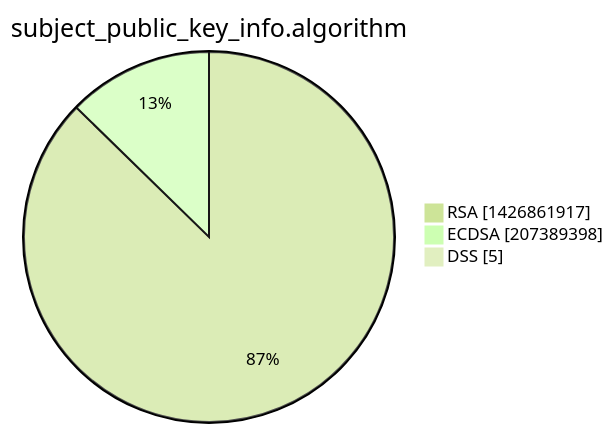
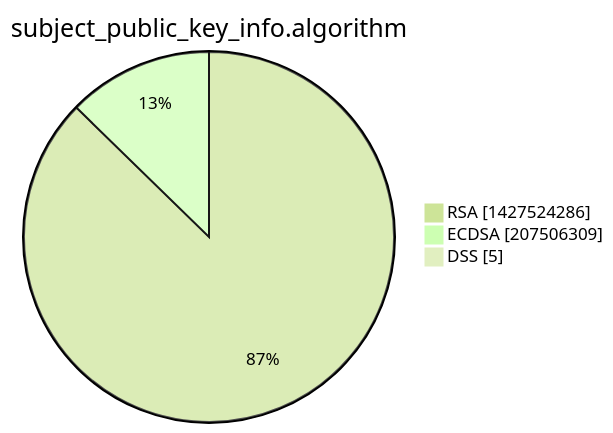
Before and after one commit to christiankrug/ctmonitor_visualization: the third of 15 diagrams in xenon2022/README.md, drawn with Mermaid (forest theme). The commit also changed other lines of this file, not shown here.

````diff
--- a/xenon2022/README.md
+++ b/xenon2022/README.md
@@ -14,7 +14,7 @@
 ```mermaid
 pie showData
 title subject_public_key_info.algorithm
-"RSA" :1426861917
-"ECDSA" :207389398
+"RSA" :1427524286
+"ECDSA" :207506309
 "DSS" :5
 ```
````
